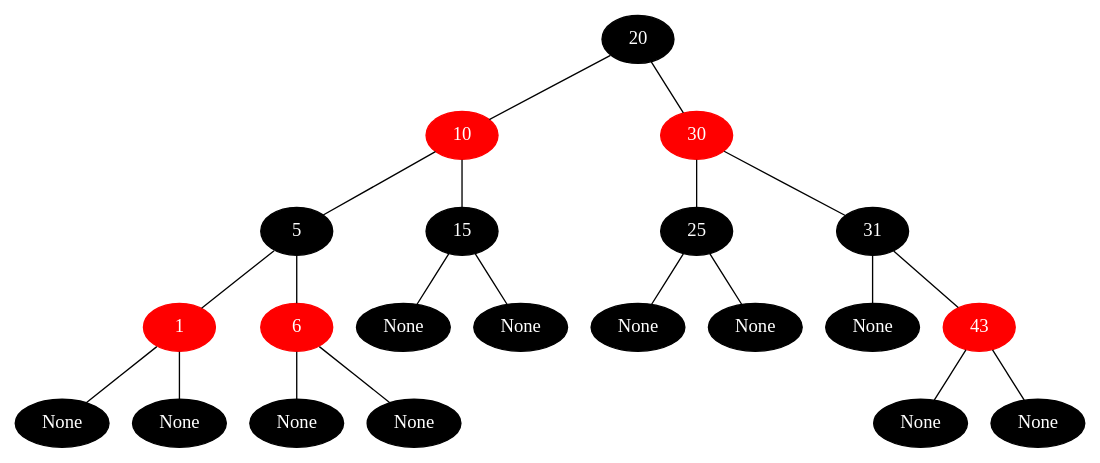
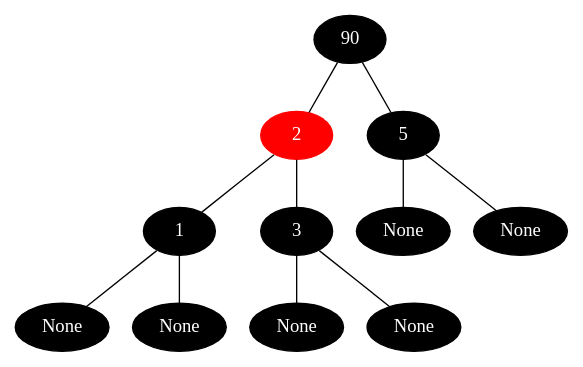
The diagram in rbt.dot (UofA522/Project2), drawn with Graphviz before and after one commit. The commit also changed 20 other files, not shown here.

```diff
--- a/rbt.dot
+++ b/rbt.dot
@@ -1,43 +1,23 @@
 graph {
-	 0 [label="20", color=black, style=filled, fontcolor=white];
-	 1 [label="10", color=red, style=filled, fontcolor=white];
-	 2 [label="5", color=black, style=filled, fontcolor=white];
-	 3 [label="1", color=red, style=filled, fontcolor=white];
+	 0 [label="90", color=black, style=filled, fontcolor=white];
+	 1 [label="2", color=red, style=filled, fontcolor=white];
+	 2 [label="1", color=black, style=filled, fontcolor=white];
+	 3 [label="None", color=black, style=filled, fontcolor=white];
 	 4 [label="None", color=black, style=filled, fontcolor=white];
-	 5 [label="None", color=black, style=filled, fontcolor=white];
-	 6 [label="6", color=red, style=filled, fontcolor=white];
+	 5 [label="3", color=black, style=filled, fontcolor=white];
+	 6 [label="None", color=black, style=filled, fontcolor=white];
 	 7 [label="None", color=black, style=filled, fontcolor=white];
-	 8 [label="None", color=black, style=filled, fontcolor=white];
-	 9 [label="15", color=black, style=filled, fontcolor=white];
+	 8 [label="5", color=black, style=filled, fontcolor=white];
+	 9 [label="None", color=black, style=filled, fontcolor=white];
 	 10 [label="None", color=black, style=filled, fontcolor=white];
-	 11 [label="None", color=black, style=filled, fontcolor=white];
-	 12 [label="30", color=red, style=filled, fontcolor=white];
-	 13 [label="25", color=black, style=filled, fontcolor=white];
-	 14 [label="None", color=black, style=filled, fontcolor=white];
-	 15 [label="None", color=black, style=filled, fontcolor=white];
-	 16 [label="31", color=black, style=filled, fontcolor=white];
-	 17 [label="None", color=black, style=filled, fontcolor=white];
-	 18 [label="43", color=red, style=filled, fontcolor=white];
-	 19 [label="None", color=black, style=filled, fontcolor=white];
-	 20 [label="None", color=black, style=filled, fontcolor=white];
 	 0 -- 1;
 	 1 -- 2;
 	 2 -- 3;
-	 3 -- 4;
-	 3 -- 5;
-	 2 -- 6;
-	 6 -- 7;
-	 6 -- 8;
-	 1 -- 9;
-	 9 -- 10;
-	 9 -- 11;
-	 0 -- 12;
-	 12 -- 13;
-	 13 -- 14;
-	 13 -- 15;
-	 12 -- 16;
-	 16 -- 17;
-	 16 -- 18;
-	 18 -- 19;
-	 18 -- 20;
+	 2 -- 4;
+	 1 -- 5;
+	 5 -- 6;
+	 5 -- 7;
+	 0 -- 8;
+	 8 -- 9;
+	 8 -- 10;
 }
```
